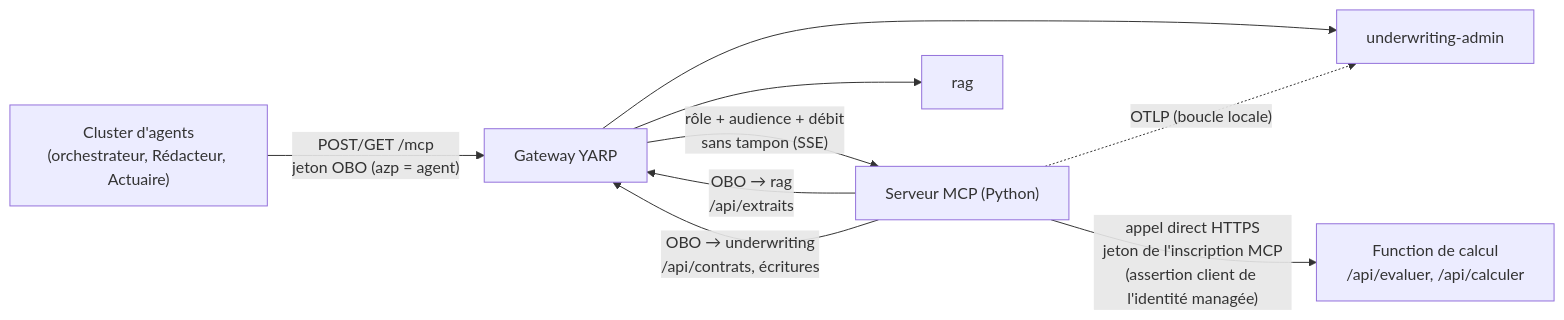
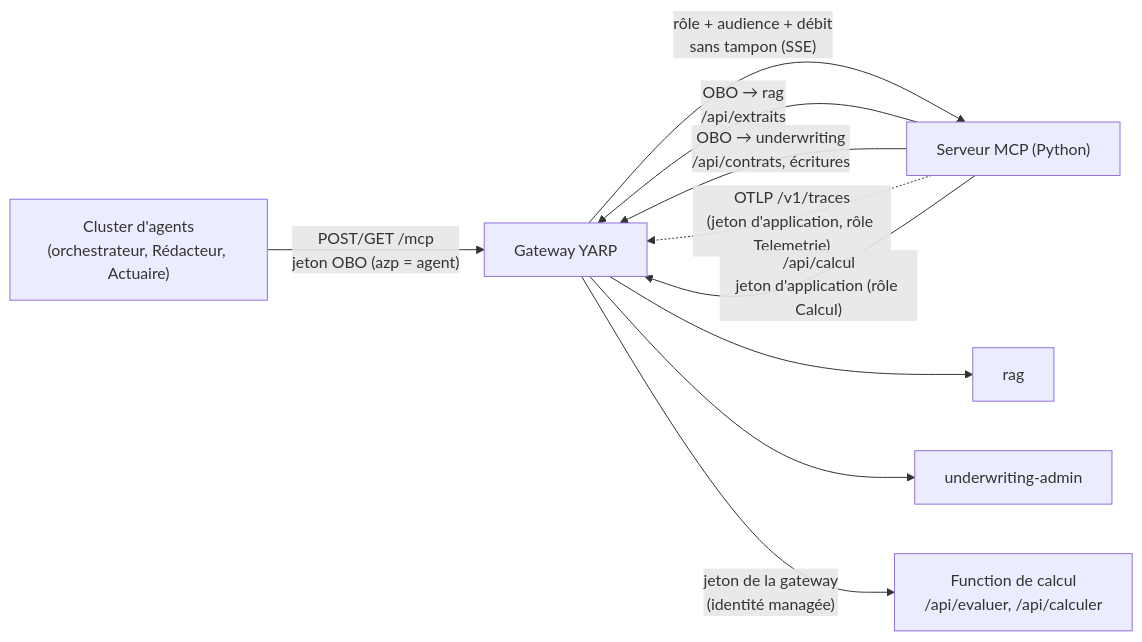
One commit to acerolaz/agentinsurflow changed the diagram in docs/superpowers/specs/2026-10-21-serveur-mcp-design.md. Above: the diagram before and after it, drawn with Mermaid. The commit also changed other lines of this file and 13 other files, not shown here.

Commit message:
feat(infra): serveur MCP dans sa Container App, Function réservée à la gateway (T9 #64)

````diff
--- a/docs/superpowers/specs/2026-10-21-serveur-mcp-design.md
+++ b/docs/superpowers/specs/2026-10-21-serveur-mcp-design.md
@@ -45,11 +45,12 @@
 ```mermaid
 flowchart LR
     CL["Cluster d'agents<br/>(orchestrateur, Rédacteur, Actuaire)"] -->|"POST/GET /mcp<br/>jeton OBO (azp = agent)"| GW["Gateway YARP"]
     GW -->|"rôle + audience + débit<br/>sans tampon (SSE)"| MCP["Serveur MCP (Python)"]
     MCP -->|"OBO → rag<br/>/api/extraits"| GW
     MCP -->|"OBO → underwriting<br/>/api/contrats, écritures"| GW
     GW --> RAG["rag"]
     GW --> UW["underwriting-admin"]
-    MCP -. "OTLP (boucle locale)" .-> UW
-    MCP -->|"appel direct HTTPS<br/>jeton de l'inscription MCP<br/>(assertion client de l'identité managée)"| FN["Function de calcul<br/>/api/evaluer, /api/calculer"]
+    MCP -. "OTLP /v1/traces<br/>(jeton d'application, rôle Telemetrie)" .-> GW
+    MCP -->|"/api/calcul<br/>jeton d'application (rôle Calcul)"| GW
+    GW -->|"jeton de la gateway<br/>(identité managée)"| FN["Function de calcul<br/>/api/evaluer, /api/calculer"]
 ```
````
